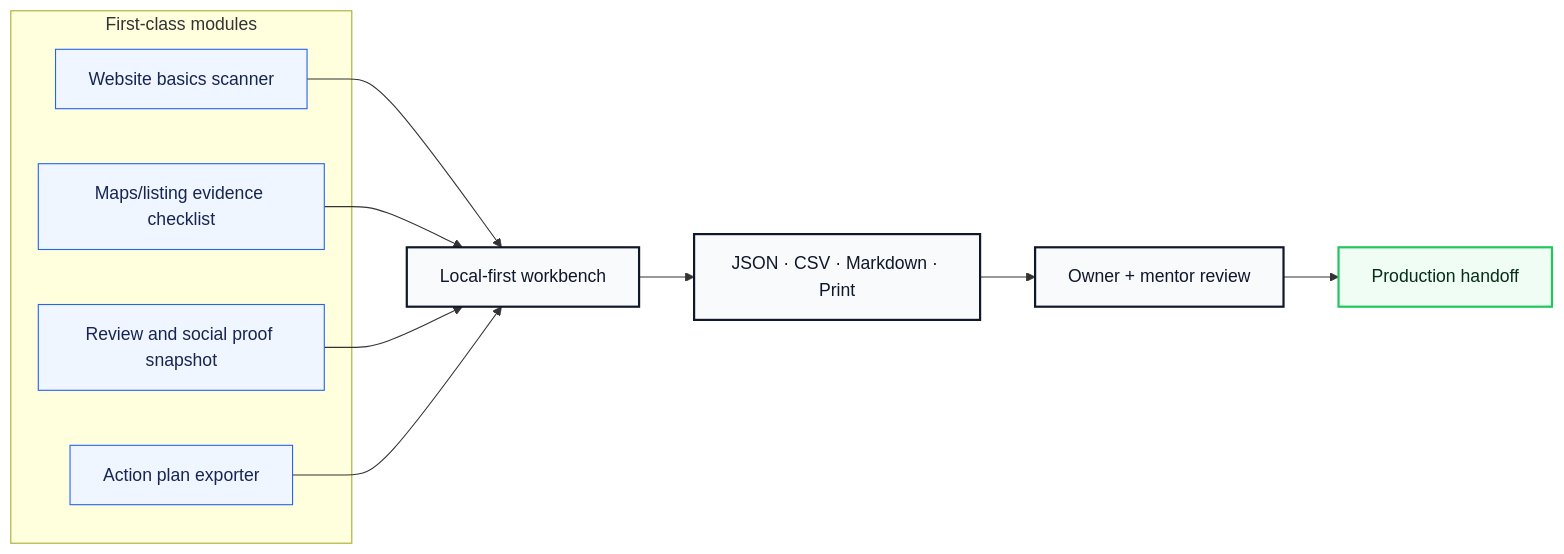
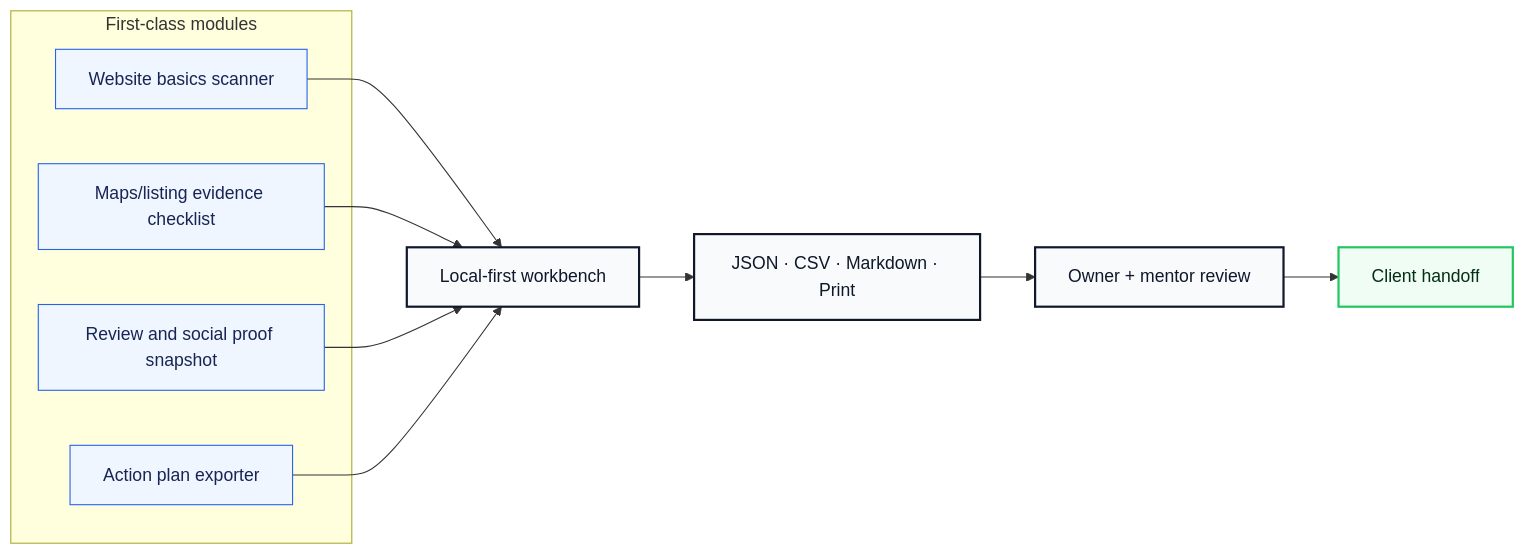
Before and after one commit to volta-npo/local-presence-auditor: the second of 3 diagrams in README.md, drawn with Mermaid. The commit also changed other lines of this file and 28 other files, not shown here.

````diff
--- a/README.md
+++ b/README.md
@@ -64,23 +64,23 @@
 ```mermaid
 flowchart LR
     subgraph Modules["First-class modules"]
         M1["Website basics scanner"]
         M2["Maps/listing evidence checklist"]
         M3["Review and social proof snapshot"]
         M4["Action plan exporter"]
     end
     M1 --> Workbench
     M2 --> Workbench
     M3 --> Workbench
     M4 --> Workbench
     Workbench["Local-first workbench"] --> Exports["JSON · CSV · Markdown · Print"]
     Exports --> Review["Owner + mentor review"]
-    Review --> Launch["Production handoff"]
+    Review --> Launch["Client handoff"]
 
     classDef module fill:#eff6ff,stroke:#2563eb,color:#172554;
     classDef app fill:#f8fafc,stroke:#0f172a,color:#0f172a,stroke-width:2px;
     classDef launch fill:#f0fdf4,stroke:#22c55e,color:#052e16,stroke-width:2px;
     class M1,M2,M3,M4 module;
     class Workbench,Exports,Review app;
     class Launch launch;
 ```
````
